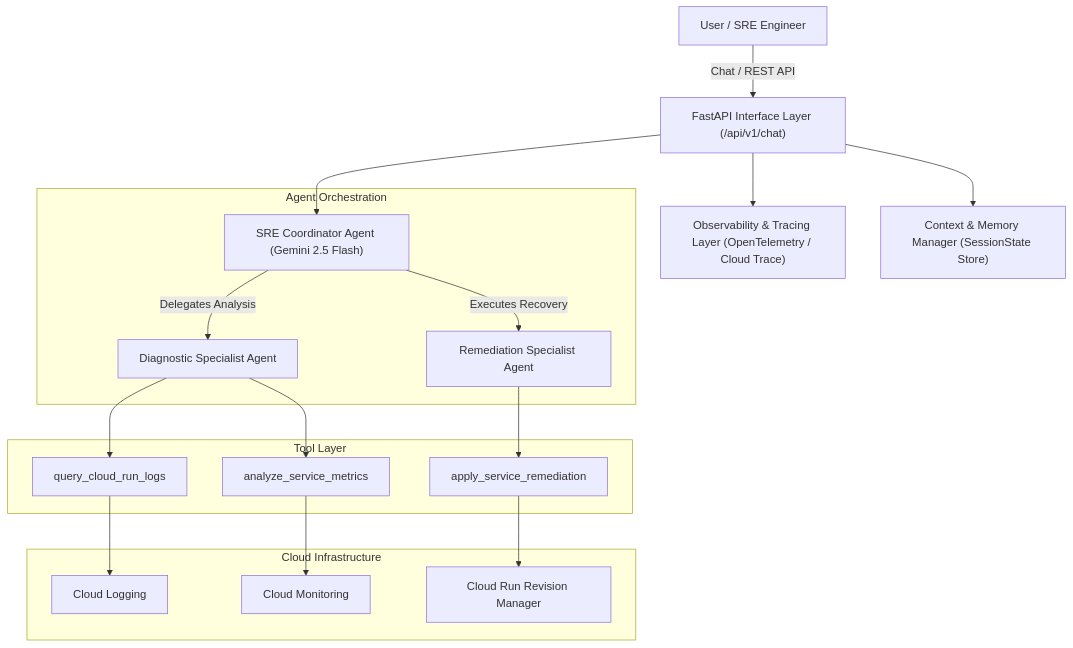
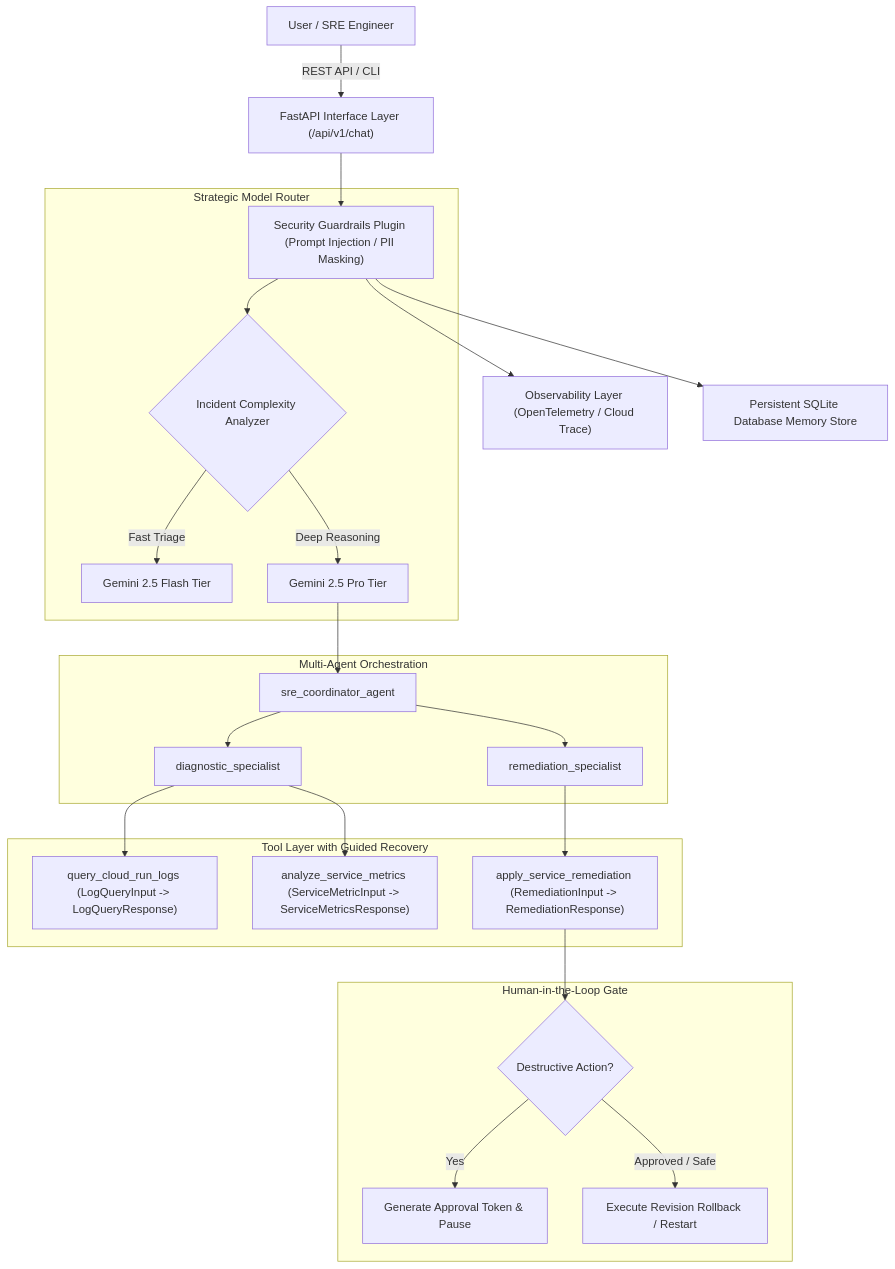
The diagram in labs/agent-assessment-hub/README.md (jchavezar/vertex-ai-samples), drawn with Mermaid before and after one commit. The commit also changed other lines of this file and 16 other files, not shown here.

````diff
--- a/labs/agent-assessment-hub/README.md
+++ b/labs/agent-assessment-hub/README.md
@@ -29,24 +15,31 @@
 ```mermaid
 graph TD
-    User["User / SRE Engineer"] -->|Chat / REST API| API["FastAPI Interface Layer (/api/v1/chat)"]
-    API --> Obs["Observability & Tracing Layer (OpenTelemetry / Cloud Trace)"]
-    API --> Memory["Context & Memory Manager (SessionState Store)"]
-    API --> Coord["SRE Coordinator Agent (Gemini 2.5 Flash)"]
+    User["User / SRE Engineer"] -->|REST API / CLI| API["FastAPI Interface Layer (/api/v1/chat)"]
+    API --> Guard["Security Guardrails Plugin (Prompt Injection / PII Masking)"]
+    Guard --> Obs["Observability Layer (OpenTelemetry / Cloud Trace)"]
+    Guard --> Mem["Persistent SQLite Database Memory Store"]
     
-    subgraph Agent Orchestration
-        Coord -->|Delegates Analysis| Diag["Diagnostic Specialist Agent"]
-        Coord -->|Executes Recovery| Rem["Remediation Specialist Agent"]
+    subgraph Strategic Model Router
+        Guard --> Router{"Incident Complexity Analyzer"}
+        Router -->|Fast Triage| Flash["Gemini 2.5 Flash Tier"]
+        Router -->|Deep Reasoning| Pro["Gemini 2.5 Pro Tier"]
     end
 
-    subgraph Tool Layer
-        Diag --> T1["query_cloud_run_logs"]
-        Diag --> T2["analyze_service_metrics"]
-        Rem --> T3["apply_service_remediation"]
+    subgraph Multi-Agent Orchestration
+        Pro --> Coord["sre_coordinator_agent"]
+        Coord --> Diag["diagnostic_specialist"]
+        Coord --> Rem["remediation_specialist"]
     end
 
-    subgraph Cloud Infrastructure
-        T1 --> CL["Cloud Logging"]
-        T2 --> CM["Cloud Monitoring"]
-        T3 --> CR["Cloud Run Revision Manager"]
+    subgraph Tool Layer with Guided Recovery
+        Diag --> T1["query_cloud_run_logs (LogQueryInput -> LogQueryResponse)"]
+        Diag --> T2["analyze_service_metrics (ServiceMetricInput -> ServiceMetricsResponse)"]
+        Rem --> T3["apply_service_remediation (RemediationInput -> RemediationResponse)"]
+    end
+
+    subgraph Human-in-the-Loop Gate
+        T3 --> HITL{"Destructive Action?"}
+        HITL -->|Yes| Gate["Generate Approval Token & Pause"]
+        HITL -->|Approved / Safe| Exec["Execute Revision Rollback / Restart"]
     end
 ```
````
